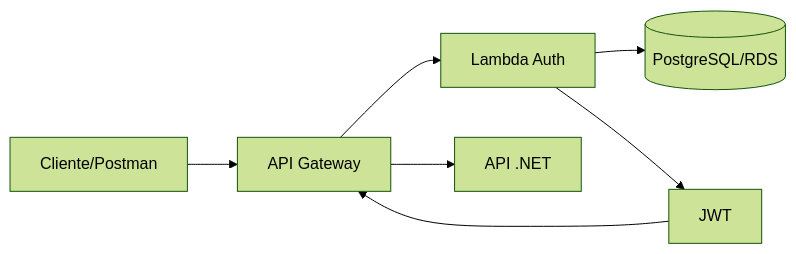
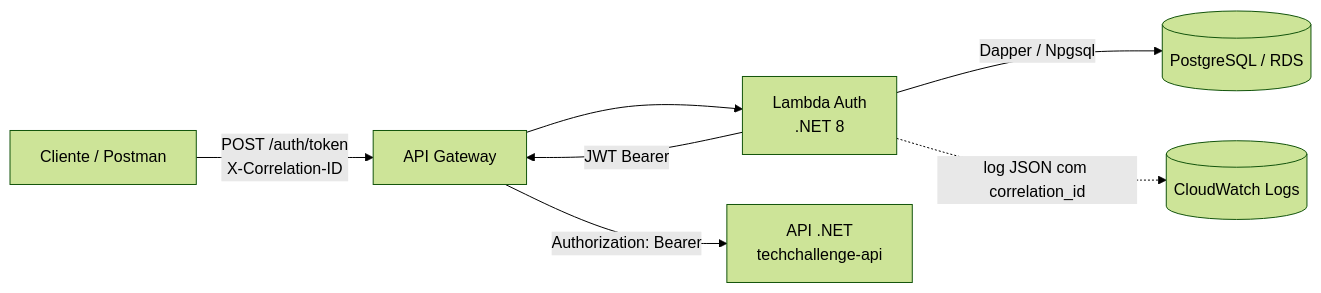
Before and after one commit to SOAT-FIAP-2026/lambda-auth-function: the first of 2 diagrams in README.md, drawn with Mermaid (forest theme). The commit also changed other lines of this file and 1 other file, not shown here.

````diff
--- a/README.md
+++ b/README.md
@@ -20,9 +23,9 @@
 ```mermaid
 flowchart LR
-    Client[Cliente/Postman] --> Gateway[API Gateway]
-    Gateway --> Lambda[Lambda Auth]
-    Lambda --> Database[(PostgreSQL/RDS)]
-    Lambda --> Token[JWT]
-    Token --> Gateway
-    Gateway --> API[API .NET]
+    Client[Cliente / Postman] -->|POST /auth/token<br/>X-Correlation-ID| Gateway[API Gateway]
+    Gateway --> Lambda[Lambda Auth<br/>.NET 8]
+    Lambda -->|Dapper / Npgsql| Database[(PostgreSQL / RDS)]
+    Lambda -->|JWT Bearer| Gateway
+    Gateway -->|Authorization: Bearer| API[API .NET<br/>techchallenge-api]
+    Lambda -.->|log JSON com correlation_id| CW[(CloudWatch Logs)]
 ```
````
